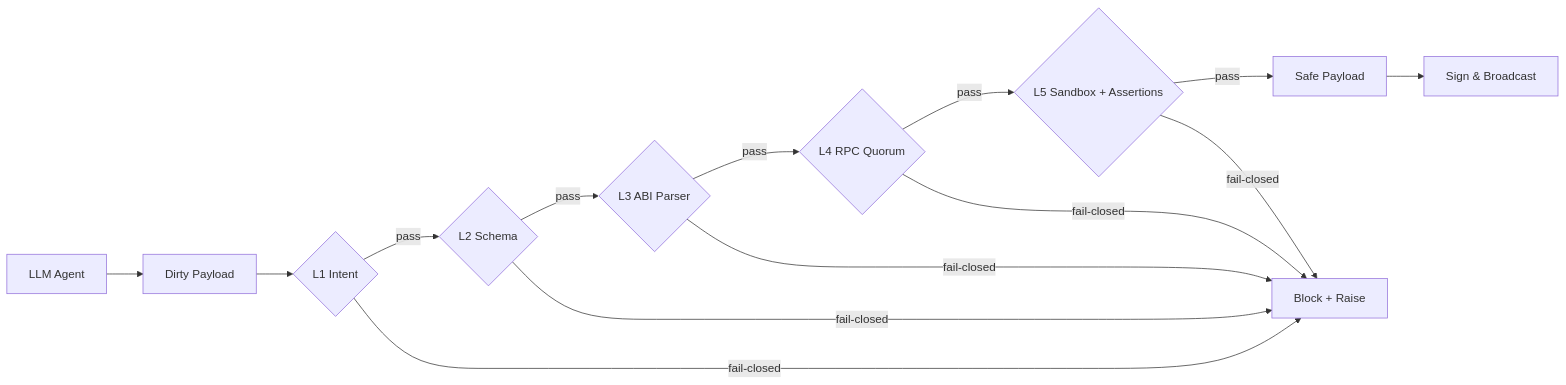
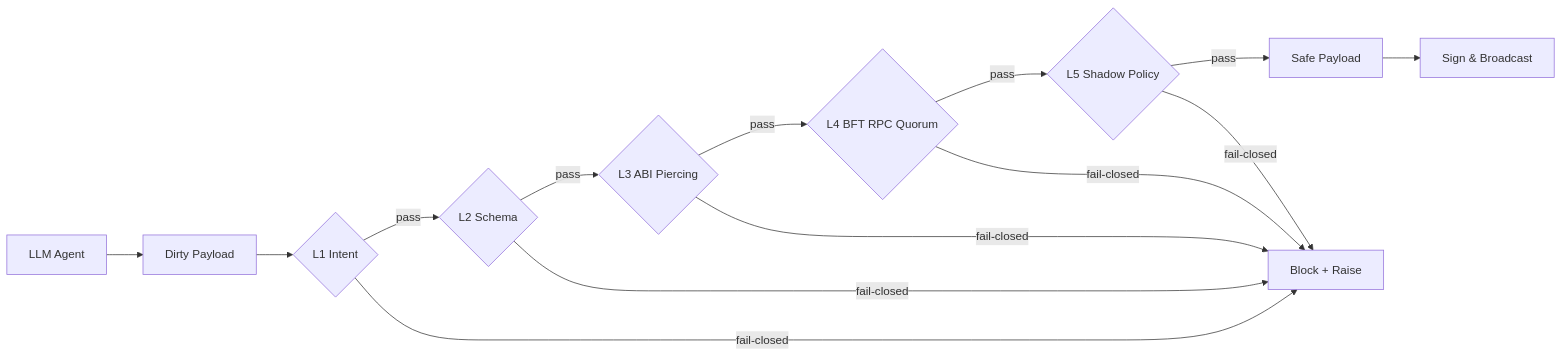
Before and after one commit to lokii-D/lirix: the first of 2 diagrams in README.md, drawn with Mermaid. The commit also changed other lines of this file and 22 other files, not shown here.

````diff
--- a/README.md
+++ b/README.md
@@ -158,17 +161,17 @@
 ```mermaid
 flowchart LR
   A[LLM Agent] --> B[Dirty Payload]
   B --> C{L1 Intent}
   C -- pass --> D{L2 Schema}
-  D -- pass --> E{L3 ABI Parser}
-  E -- pass --> F{L4 RPC Quorum}
-  F -- pass --> G{L5 Sandbox + Assertions}
+  D -- pass --> E{L3 ABI Piercing}
+  E -- pass --> F{L4 BFT RPC Quorum}
+  F -- pass --> G{L5 Shadow Policy}
   G -- pass --> H[Safe Payload]
   H --> I[Sign & Broadcast]
 
   C -- fail-closed --> X[Block + Raise]
   D -- fail-closed --> X
   E -- fail-closed --> X
   F -- fail-closed --> X
   G -- fail-closed --> X
 ```
````
